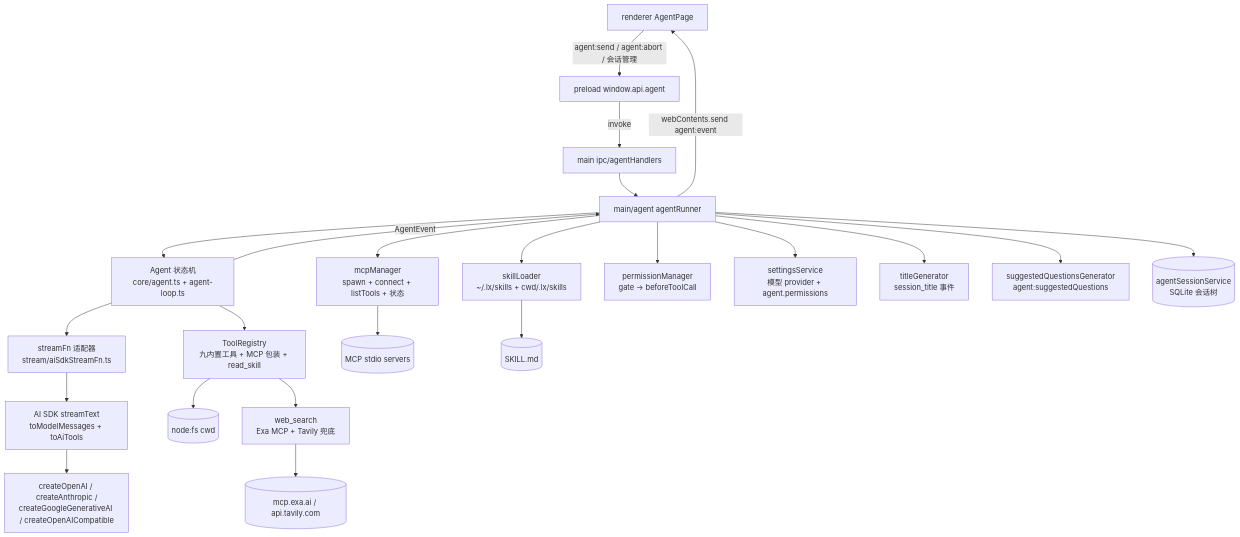
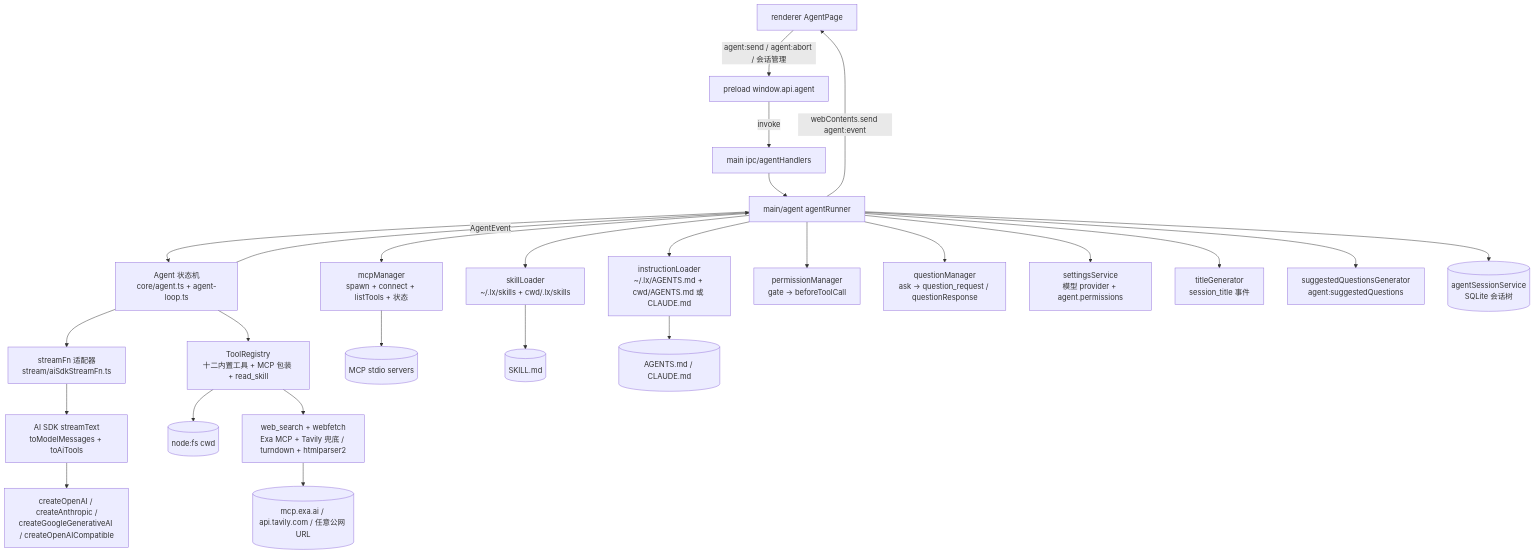
One commit to yonah-lin111/lx-agent changed the diagram in docs/agent/design.md. Above: the diagram before and after it, drawn with Mermaid. The commit also changed other lines of this file and 29 other files, not shown here.

First line of the commit message:
feat(agent): question 消息流内联块、AGENTS.md 指令加载与 webfetch 工具

````diff
--- a/docs/agent/design.md
+++ b/docs/agent/design.md
@@ -26,25 +26,28 @@
 ```mermaid
 flowchart TD
     UI[renderer AgentPage] -->|agent:send / agent:abort / 会话管理| Preload[preload window.api.agent]
     Preload -->|invoke| IPC[main ipc/agentHandlers]
     IPC --> Runner[main/agent agentRunner]
     Runner --> Agent[Agent 状态机<br/>core/agent.ts + agent-loop.ts]
     Agent --> Adapter[streamFn 适配器<br/>stream/aiSdkStreamFn.ts]
     Adapter --> AI[AI SDK streamText<br/>toModelMessages + toAiTools]
     AI --> Provider[createOpenAI / createAnthropic /<br/>createGoogleGenerativeAI / createOpenAICompatible]
-    Agent --> Tools[ToolRegistry<br/>九内置工具 + MCP 包装 + read_skill]
+    Agent --> Tools[ToolRegistry<br/>十二内置工具 + MCP 包装 + read_skill]
     Tools --> FS[(node:fs cwd)]
-    Tools --> WebSearch[web_search<br/>Exa MCP + Tavily 兜底]
-    WebSearch --> Ext[(mcp.exa.ai / api.tavily.com)]
+    Tools --> WebSearch[web_search + webfetch<br/>Exa MCP + Tavily 兜底 / turndown + htmlparser2]
+    WebSearch --> Ext[(mcp.exa.ai / api.tavily.com / 任意公网 URL)]
     Runner --> MCP[mcpManager<br/>spawn + connect + listTools + 状态]
     MCP --> McpSrv[(MCP stdio servers)]
     Runner --> Skills[skillLoader<br/>~/.lx/skills + cwd/.lx/skills]
     Skills --> SkillFiles[(SKILL.md)]
+    Runner --> Instr[instructionLoader<br/>~/.lx/AGENTS.md + cwd/AGENTS.md 或 CLAUDE.md]
+    Instr --> InstrFiles[(AGENTS.md / CLAUDE.md)]
     Runner --> Perm[permissionManager<br/>gate → beforeToolCall]
+    Runner --> QM[questionManager<br/>ask → question_request / questionResponse]
     Runner --> Settings[settingsService<br/>模型 provider + agent.permissions]
     Runner --> Title[titleGenerator<br/>session_title 事件]
     Runner --> SQ[suggestedQuestionsGenerator<br/>agent:suggestedQuestions]
     Runner --> DB[(agentSessionService<br/>SQLite 会话树)]
     Agent -->|AgentEvent| Runner
     Runner -->|webContents.send agent:event| UI
 ```
````
